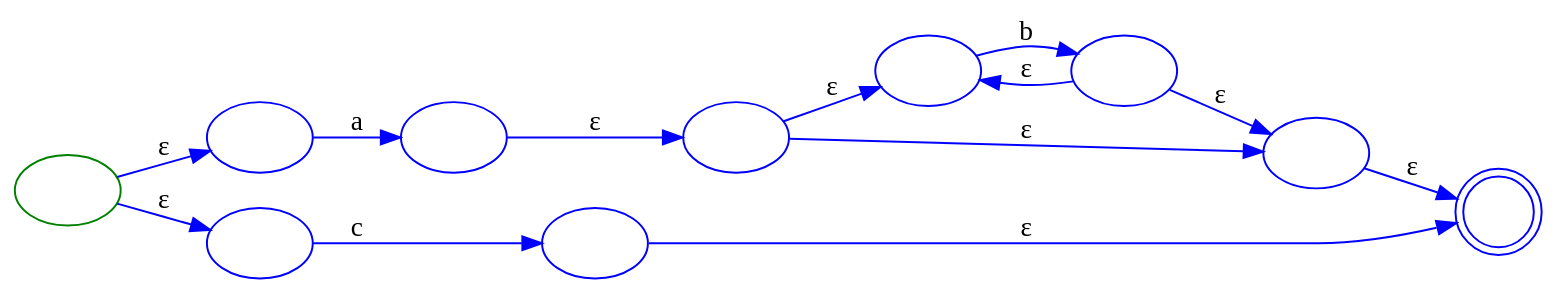
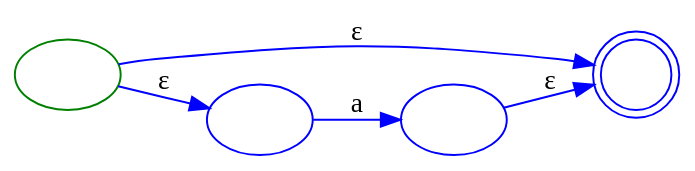
Before and after one commit to JuanZoran/cpp_lexer_generator: the first of 2 diagrams in README.md, drawn with Graphviz. The commit also changed other lines of this file and 21 other files, not shown here.

````diff
--- a/README.md
+++ b/README.md
@@ -4,24 +4,16 @@
 ```dot
 
 digraph NFA {
 rankdir=LR;
 graph [bgcolor = transparent];
 node [color = blue, fontcolor = white]
 edge [color = blue];
-8 [color = green];
-9 [shape = doublecircle];
+2 [color = green];
+3 [shape = doublecircle];
 0 -> 1 [ label = "a" ];
-2 -> 3 [ label = "b" ];
-6 -> 7 [ label = "c" ];
 
-1 -> 4 [ label = "ε" ];
-3 -> 2 [ label = "ε" ];
-3 -> 5 [ label = "ε" ];
-4 -> 2 [ label = "ε" ];
-4 -> 5 [ label = "ε" ];
-5 -> 9 [ label = "ε" ];
-7 -> 9 [ label = "ε" ];
-8 -> 0 [ label = "ε" ];
-8 -> 6 [ label = "ε" ];
+1 -> 3 [ label = "ε" ];
+2 -> 0 [ label = "ε" ];
+2 -> 3 [ label = "ε" ];
 }
 ```
````
